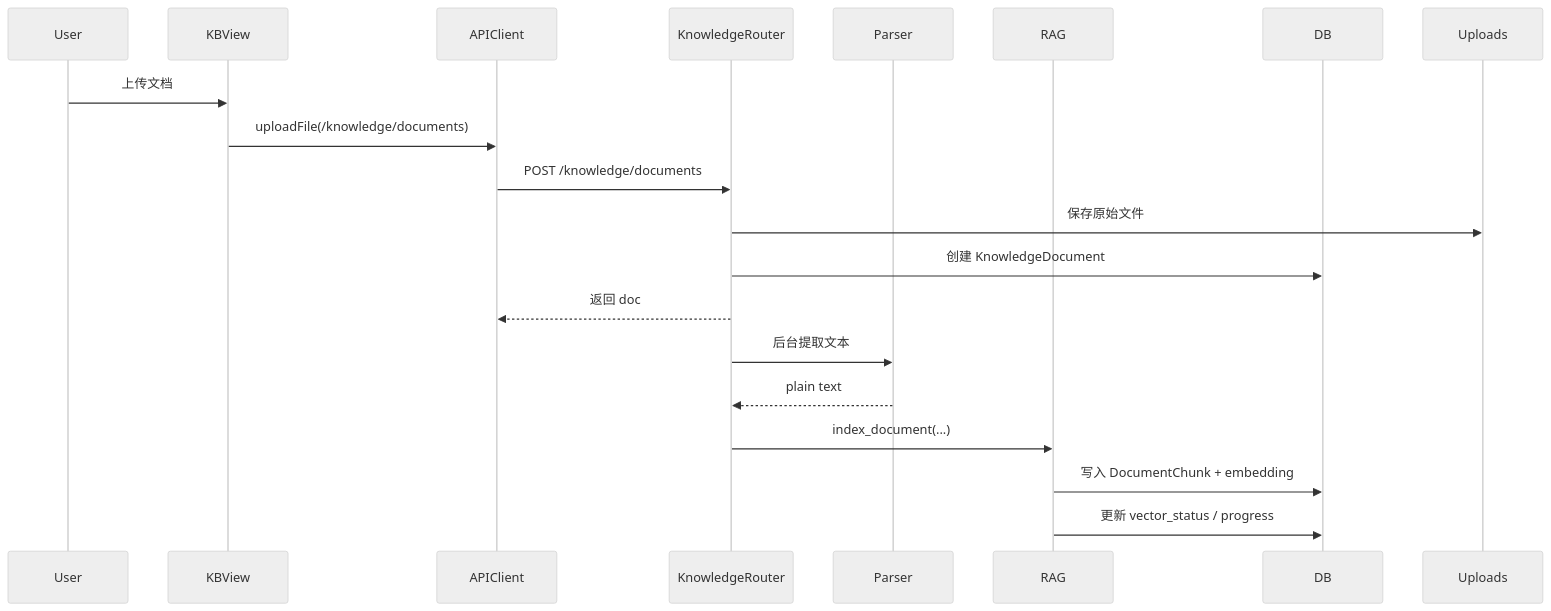
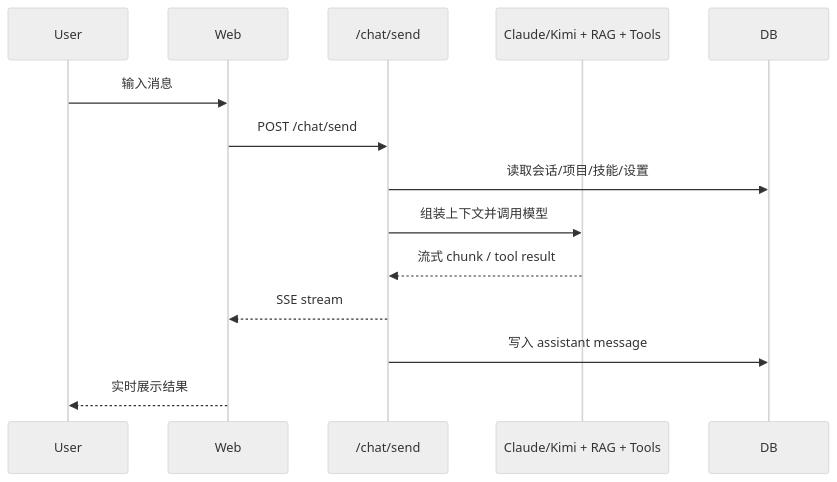
Before and after one commit to guoliang1114-boop/AriaAI: the fourth of 5 diagrams in docs/06-当前架构图.md, drawn with Mermaid (neutral theme). The commit also changed other lines of this file and 8 other files, not shown here.

Commit message:
docs: refresh architecture and product notes

````diff
--- a/docs/06-当前架构图.md
+++ b/docs/06-当前架构图.md
@@ -303,24 +158,17 @@
 ```mermaid
 sequenceDiagram
     participant User
-    participant KBView
-    participant APIClient
-    participant KnowledgeRouter
-    participant Parser
-    participant RAG
+    participant Web
+    participant ChatAPI as /chat/send
+    participant Services as Claude/Kimi + RAG + Tools
     participant DB
-    participant Uploads
 
-    User->>KBView: 上传文档
-    KBView->>APIClient: uploadFile(/knowledge/documents)
-    APIClient->>KnowledgeRouter: POST /knowledge/documents
-    KnowledgeRouter->>Uploads: 保存原始文件
-    KnowledgeRouter->>DB: 创建 KnowledgeDocument
-    KnowledgeRouter-->>APIClient: 返回 doc
-
-    KnowledgeRouter->>Parser: 后台提取文本
-    Parser-->>KnowledgeRouter: plain text
-    KnowledgeRouter->>RAG: index_document(...)
-    RAG->>DB: 写入 DocumentChunk + embedding
-    RAG->>DB: 更新 vector_status / progress
+    User->>Web: 输入消息
+    Web->>ChatAPI: POST /chat/send
+    ChatAPI->>DB: 读取会话/项目/技能/设置
+    ChatAPI->>Services: 组装上下文并调用模型
+    Services-->>ChatAPI: 流式 chunk / tool result
+    ChatAPI-->>Web: SSE stream
+    ChatAPI->>DB: 写入 assistant message
+    Web-->>User: 实时展示结果
 ```
````
